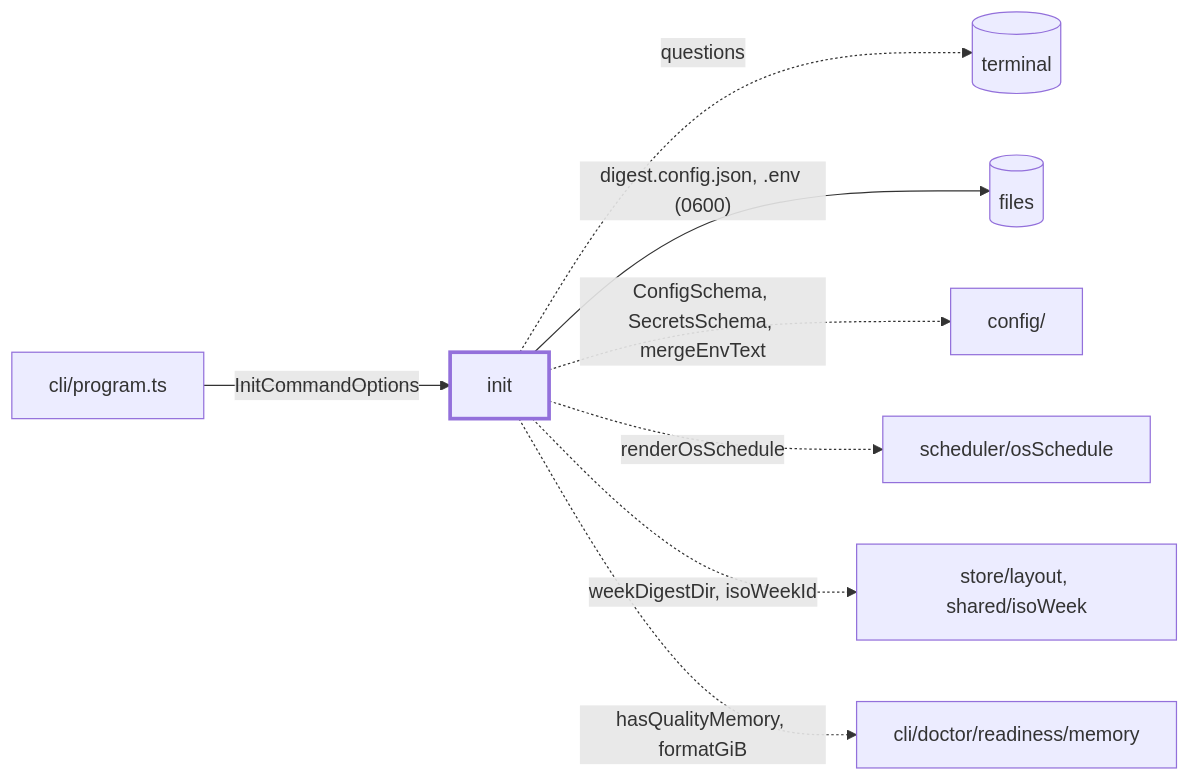
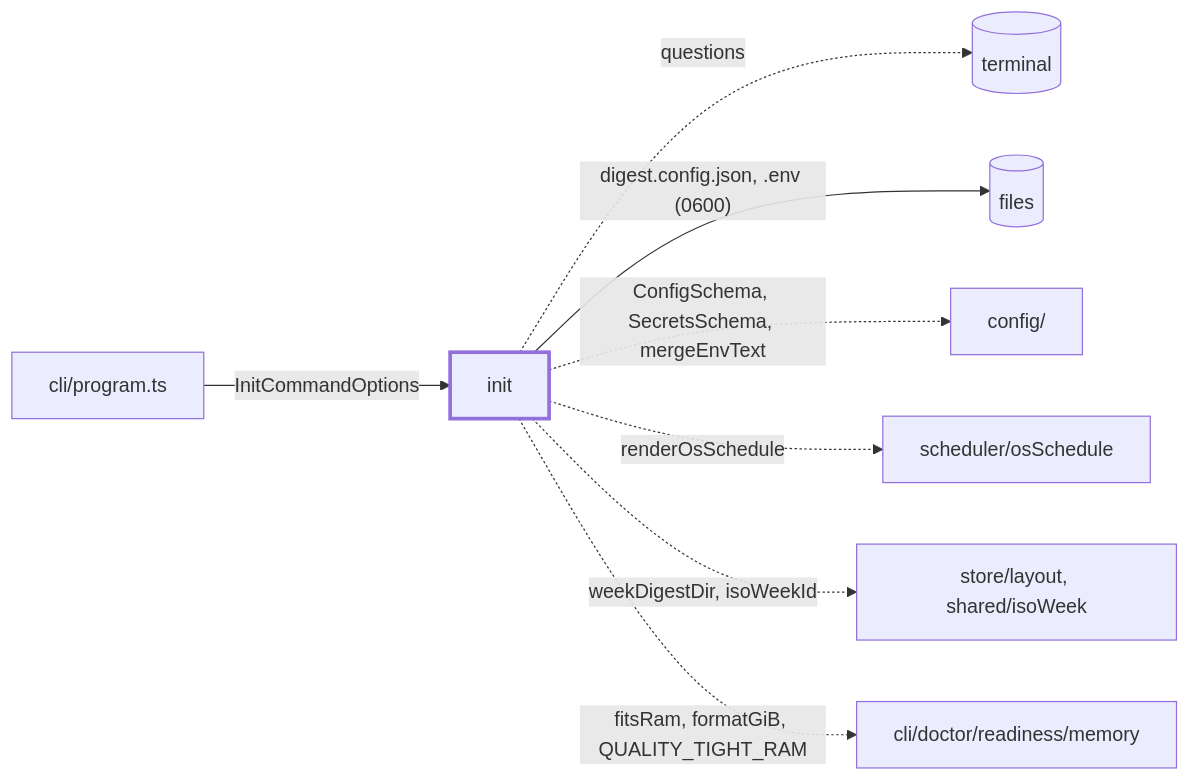
One commit to odere-pro/weekly-engineering-digest-agent changed the first of 2 diagrams in src/cli/init/CLAUDE.md. Above: the diagram before and after it, drawn with Mermaid. The commit also changed other lines of this file and 20 other files, not shown here.

First line of the commit message:
fix(doctor): readiness flags quality as tight at 32-48 GiB RAM

````diff
--- a/src/cli/init/CLAUDE.md
+++ b/src/cli/init/CLAUDE.md
@@ -10,11 +10,11 @@
 ```mermaid
 flowchart LR
   program["cli/program.ts"] -->|"InitCommandOptions"| init:::focus
   init -.->|"questions"| tty[("terminal")]
   init -->|"digest.config.json, .env (0600)"| disk[("files")]
   init -.->|"ConfigSchema, SecretsSchema, mergeEnvText"| config["config/"]
   init -.->|"renderOsSchedule"| scheduler["scheduler/osSchedule"]
   init -.->|"weekDigestDir, isoWeekId"| layout["store/layout, shared/isoWeek"]
-  init -.->|"hasQualityMemory, formatGiB"| memory["cli/doctor/readiness/memory"]
+  init -.->|"fitsRam, formatGiB, QUALITY_TIGHT_RAM"| memory["cli/doctor/readiness/memory"]
   classDef focus stroke-width:3px
 ```
````
